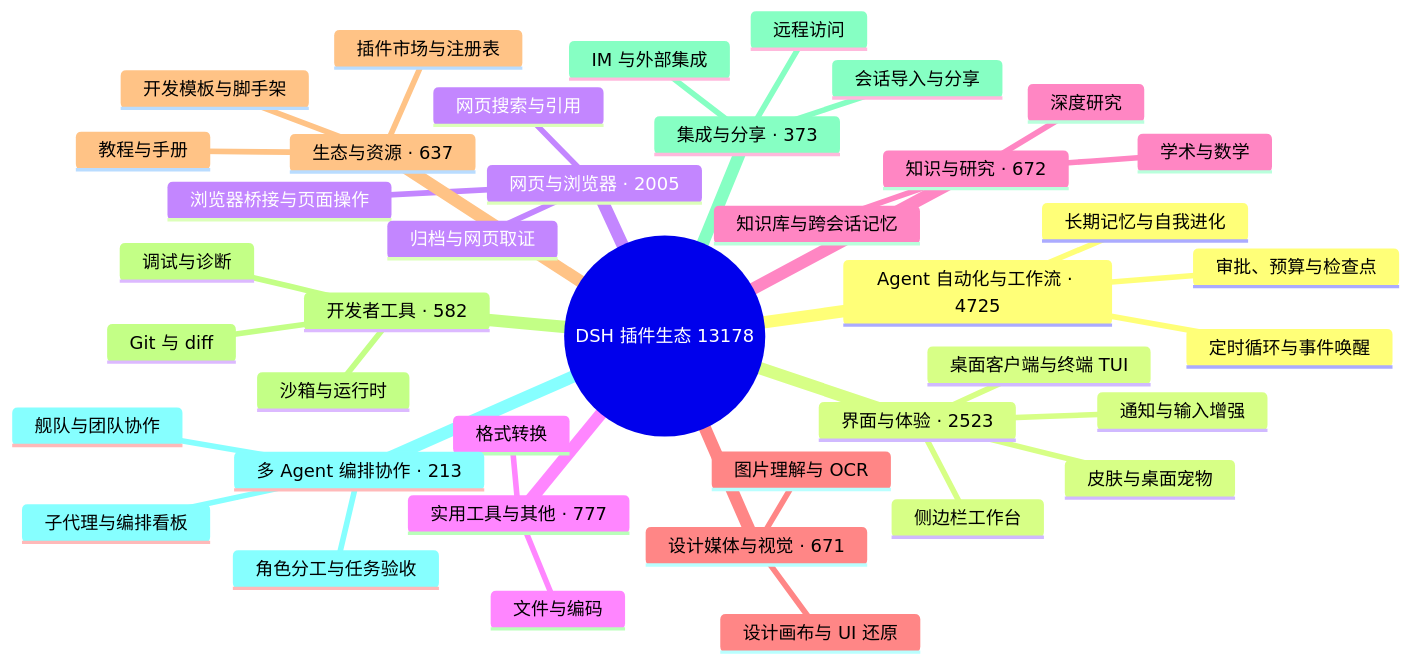
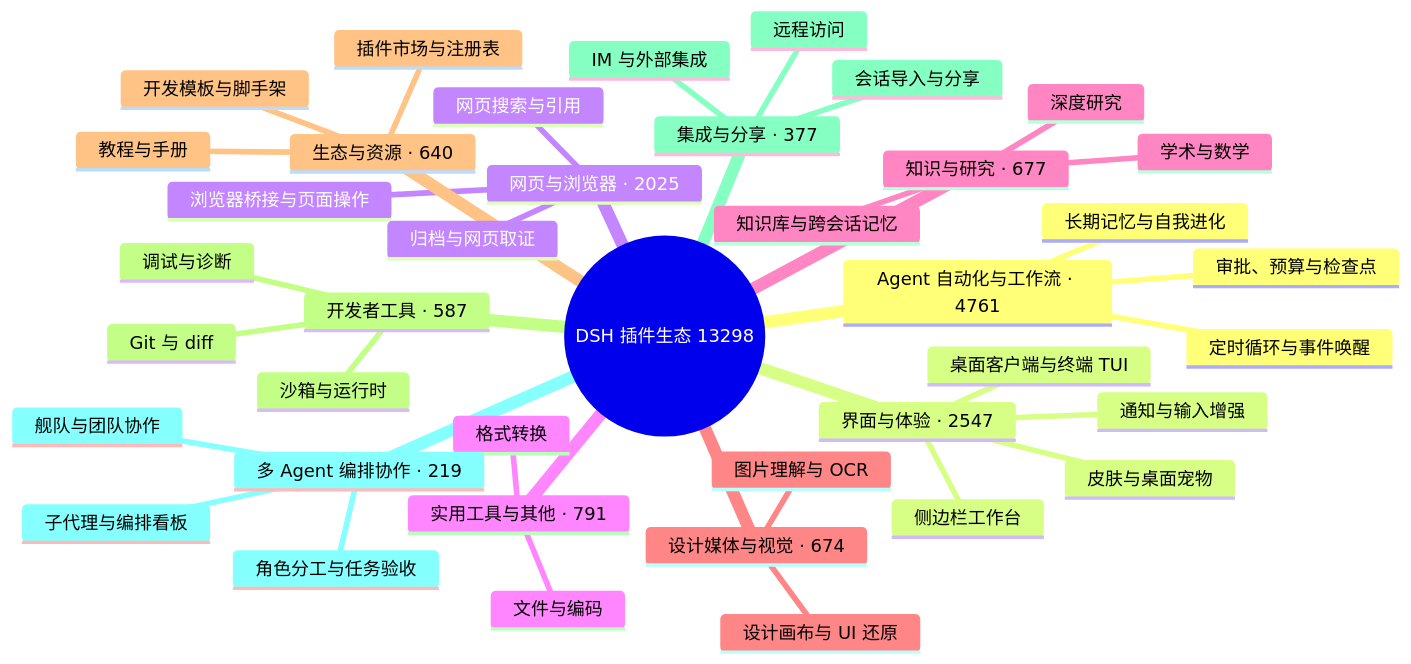
One commit to BOWLUNA/awesome-dsh-plugin changed the diagram in README.md. Above: the diagram before and after it, drawn with Mermaid. The commit also changed other lines of this file and 21 other files, not shown here.

````diff
--- a/README.md
+++ b/README.md
@@ -33,43 +33,43 @@
 ```mermaid
 mindmap
-  root((DSH 插件生态 13178))
-    Agent 自动化与工作流 · 4725
+  root((DSH 插件生态 13298))
+    Agent 自动化与工作流 · 4761
       定时循环与事件唤醒
       长期记忆与自我进化
       审批、预算与检查点
-    界面与体验 · 2523
+    界面与体验 · 2547
       桌面客户端与终端 TUI
       侧边栏工作台
       皮肤与桌面宠物
       通知与输入增强
-    网页与浏览器 · 2005
+    网页与浏览器 · 2025
       浏览器桥接与页面操作
       网页搜索与引用
       归档与网页取证
-    实用工具与其他 · 777
+    实用工具与其他 · 791
       文件与编码
       格式转换
-    知识与研究 · 672
+    知识与研究 · 677
       知识库与跨会话记忆
       深度研究
       学术与数学
-    设计媒体与视觉 · 671
+    设计媒体与视觉 · 674
       图片理解与 OCR
       设计画布与 UI 还原
-    生态与资源 · 637
+    生态与资源 · 640
       插件市场与注册表
       开发模板与脚手架
       教程与手册
-    开发者工具 · 582
+    开发者工具 · 587
       Git 与 diff
       沙箱与运行时
       调试与诊断
-    集成与分享 · 373
+    集成与分享 · 377
       会话导入与分享
       远程访问
       IM 与外部集成
-    多 Agent 编排协作 · 213
+    多 Agent 编排协作 · 219
       子代理与编排看板
       舰队与团队协作
       角色分工与任务验收
 ```
````
